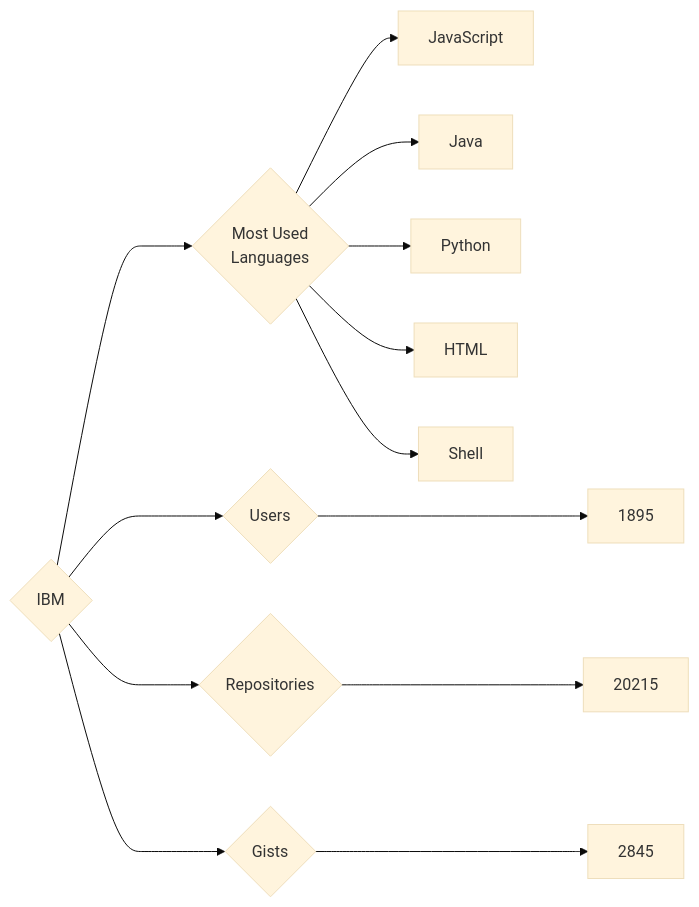
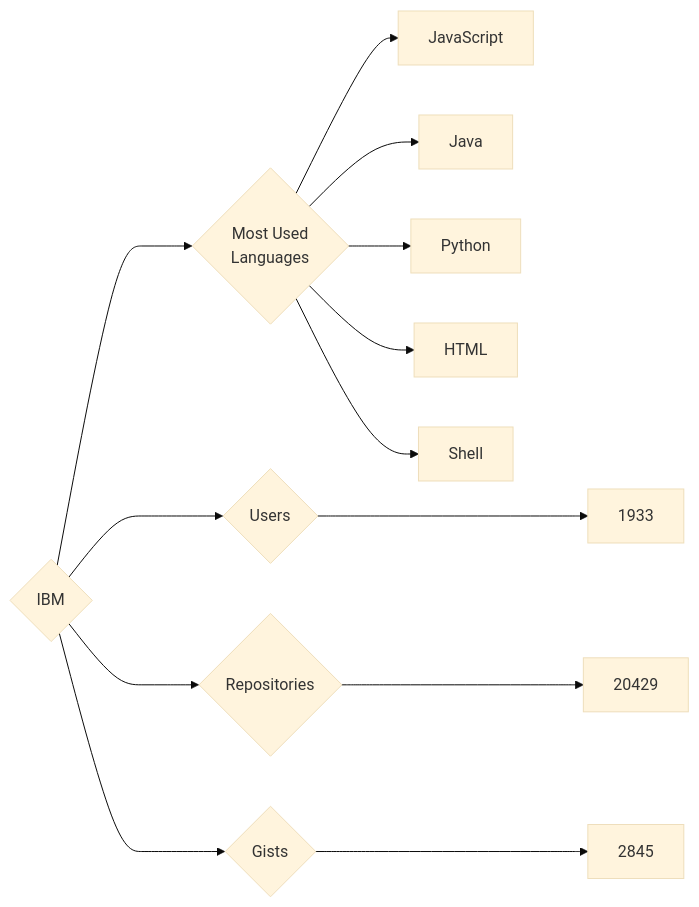
One commit to trickest/insiders changed the diagram in targets/IBM/README.md. Above: the diagram before and after it, drawn with Mermaid (base theme). The commit also changed 682 other files, not shown here.

````diff
--- a/targets/IBM/README.md
+++ b/targets/IBM/README.md
@@ -3,13 +3,13 @@
 ```mermaid
 graph LR
 COMPANY_NAME{IBM}
-COMPANY_NAME ---> U{Users} ---> UN[1895]
-COMPANY_NAME ---> R{Repositories} ---> RN[20215]
+COMPANY_NAME ---> U{Users} ---> UN[1933]
+COMPANY_NAME ---> R{Repositories} ---> RN[20429]
 COMPANY_NAME ---> G{Gists} ---> GN[2845]
 COMPANY_NAME ---> ML{Most Used<br>Languages}
 ML --> JavaScript[JavaScript]
 ML --> Java[Java]
 ML --> Python[Python]
 ML --> HTML[HTML]
 ML --> Shell[Shell]
 ```
````
